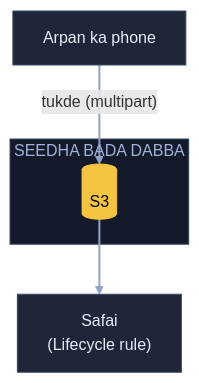
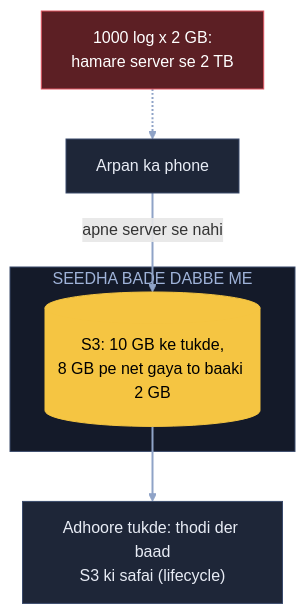
The second of 8 diagrams in 04_HLD/SYSTEM_DESIGNS/07_file_upload_validate_system/07_file_upload.md (ArpanMaheshwari144/Prep), drawn with Mermaid before and after one commit. The commit also changed other lines of this file, not shown here.

Commit message:
File upload: 8 diagram hand notes ke shabdon se; core me 7 nahi (notes jaisa), 'kiski hai', K3 apni jodi line hatai

````diff
--- a/04_HLD/SYSTEM_DESIGNS/07_file_upload_validate_system/07_file_upload.md
+++ b/04_HLD/SYSTEM_DESIGNS/07_file_upload_validate_system/07_file_upload.md
@@ -89,16 +88,18 @@
 ```mermaid
 flowchart TB
+    X["1000 log x 2 GB:<br/>hamare server se 2 TB"]:::bad
     A["Arpan ka phone"]:::card
-    subgraph BD["SEEDHA BADA DABBA"]
-        S3[("S3")]:::pill
+    subgraph BD["SEEDHA BADE DABBE ME"]
+        S3[("S3: 10 GB ke tukde,<br/>8 GB pe net gaya to baaki 2 GB")]:::pill
     end
-    C["Safai<br/>(Lifecycle rule)"]:::card
-    A -- "tukde (multipart)" --> S3
+    C["Adhoore tukde: thodi der baad<br/>S3 ki safai (lifecycle)"]:::card
+    X -.-> A
+    A -- "apne server se nahi" --> S3
     S3 --> C
     linkStyle default stroke:#8fa3c7,stroke-width:2px
     classDef card fill:#1e2638,stroke:#3a4a6b,color:#e8ecf5
     classDef pill fill:#f5c542,stroke:#f5c542,color:#000
     classDef good fill:#2e7d4f,stroke:#3fbf6f,color:#fff
     classDef bad fill:#5c1f24,stroke:#e05561,color:#fff
     style BD fill:#141a29,stroke:#3a4a6b,color:#9fb3d9
 ```
````
